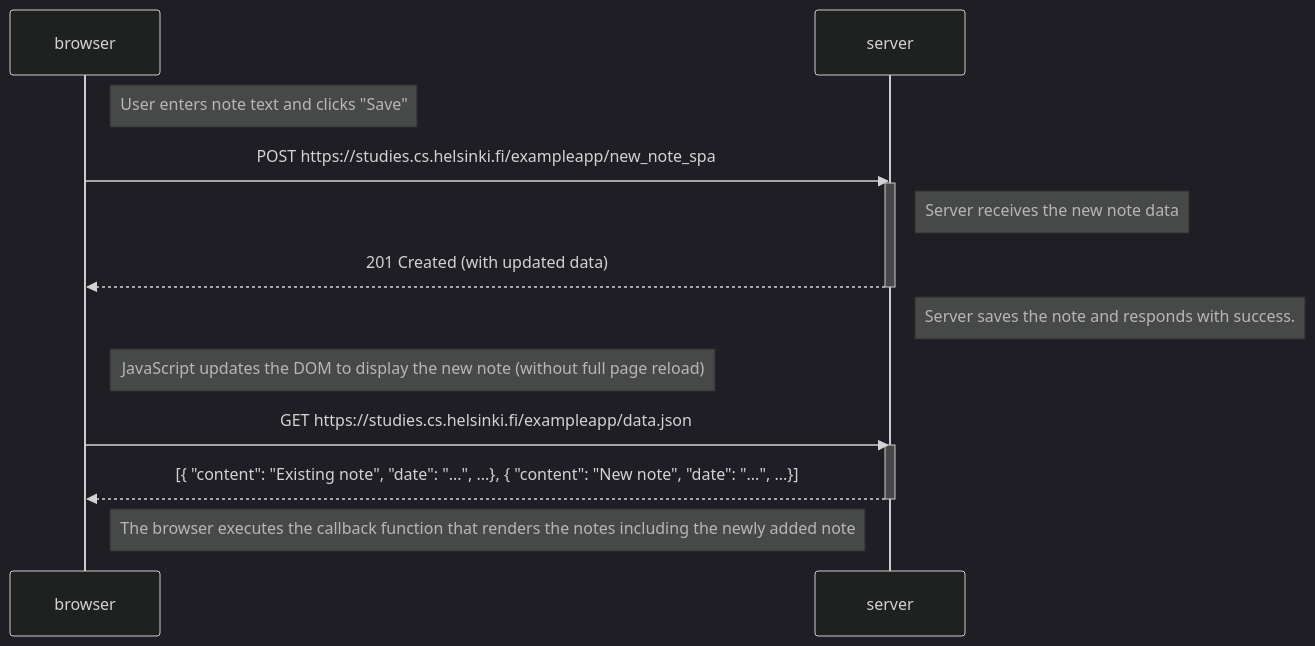
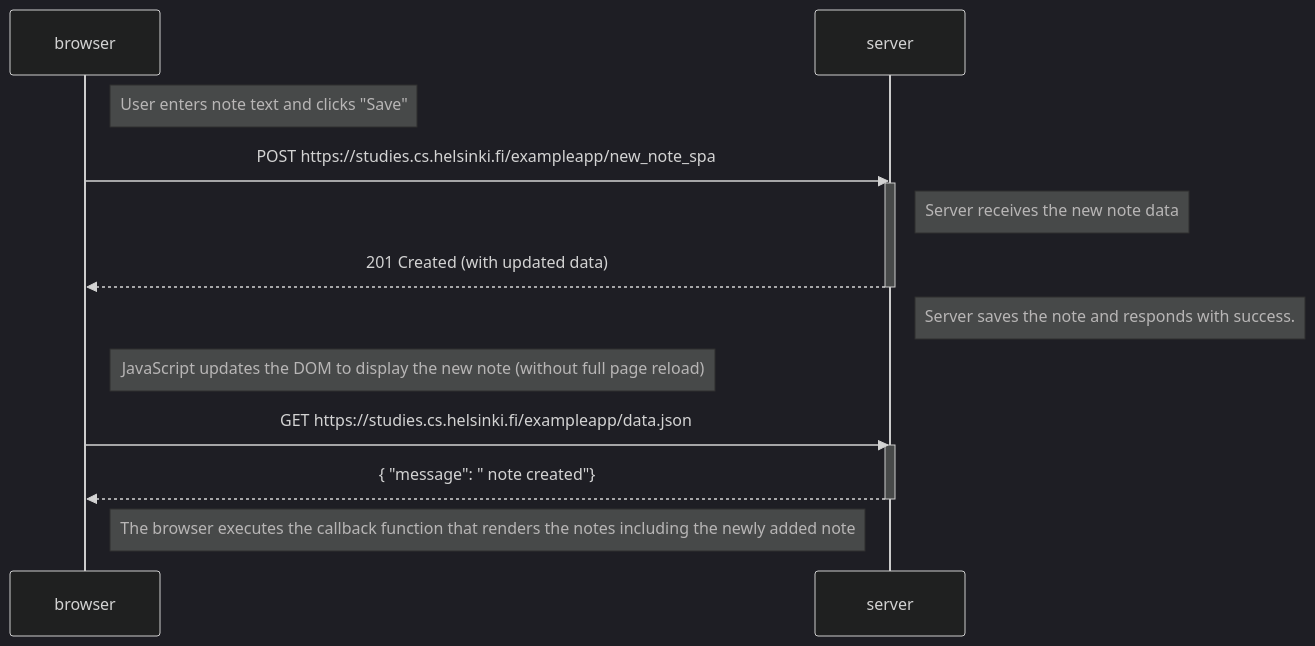
The diagram in part0/Exercises 0.1-0.6/0.6 New note in Single page app diagram.md (ephemeral172/FullStackOpen), drawn with Mermaid (dark theme) before and after one commit.

Commit message:
Update 0.6 New note in Single page app diagram.md

````diff
--- a/part0/Exercises 0.1-0.6/0.6 New note in Single page app diagram.md
+++ b/part0/Exercises 0.1-0.6/0.6 New note in Single page app diagram.md
@@ -1,35 +1,35 @@
 ```mermaid
 
 sequenceDiagram
 
     participant browser
 
     participant server
 
     Note right of browser: User enters note text and clicks "Save"
 
     browser->>server: POST https://studies.cs.helsinki.fi/exampleapp/new_note_spa
 
     activate server
 
     Note right of server: Server receives the new note data
 
     server-->>browser: 201 Created (with updated data)
 
     deactivate server
 
     Note right of server: Server saves the note and responds with success.
 
     Note right of browser: JavaScript updates the DOM to display the new note (without full page reload)
 
     browser->>server: GET https://studies.cs.helsinki.fi/exampleapp/data.json
 
     activate server
 
-    server-->>browser: [{ "content": "Existing note", "date": "...", ...}, { "content": "New note", "date": "...", ...}]
+    server-->>browser: { "message": " note created"}
 
     deactivate server
 
     Note right of browser: The browser executes the callback function that renders the notes including the newly added note
 
 ```
````
